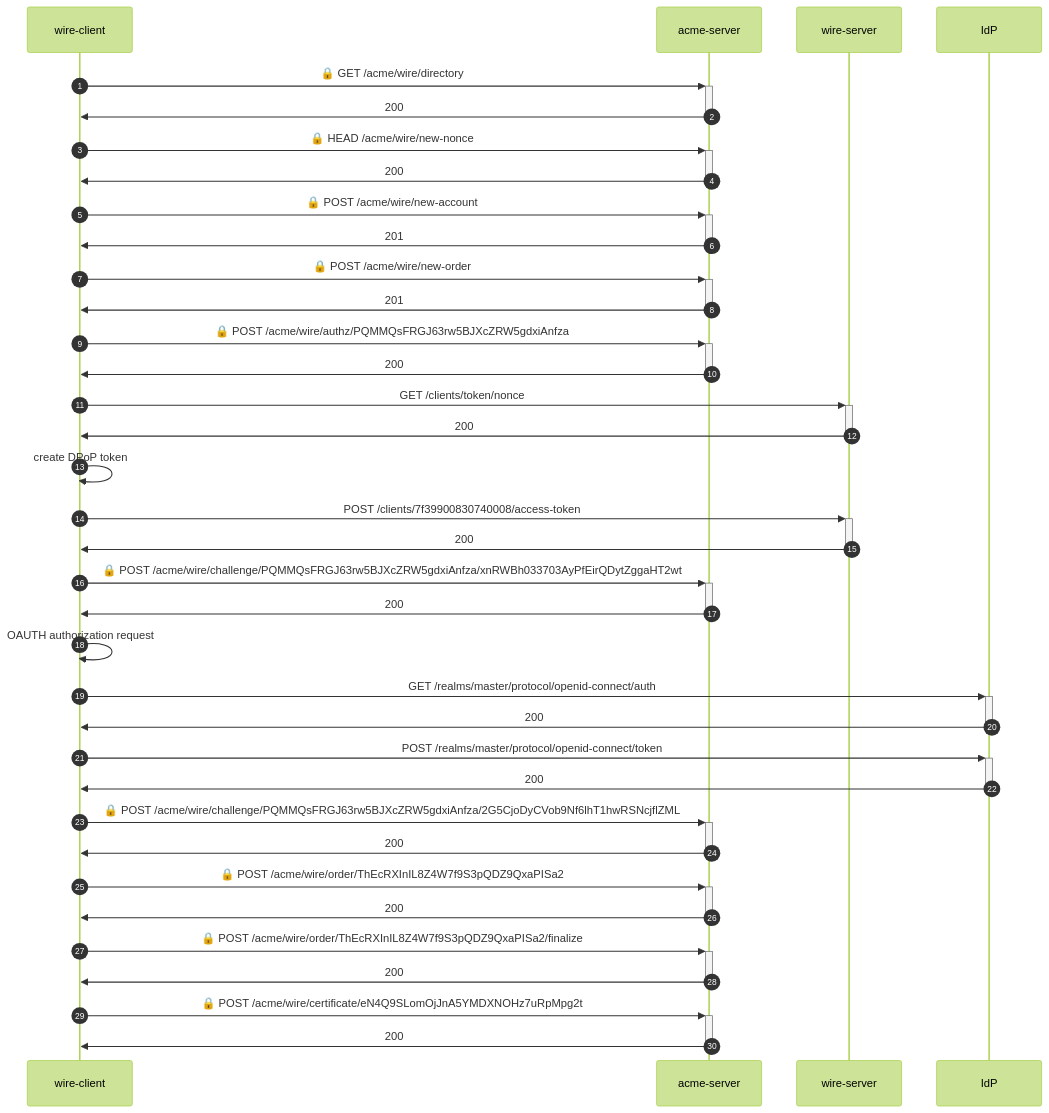
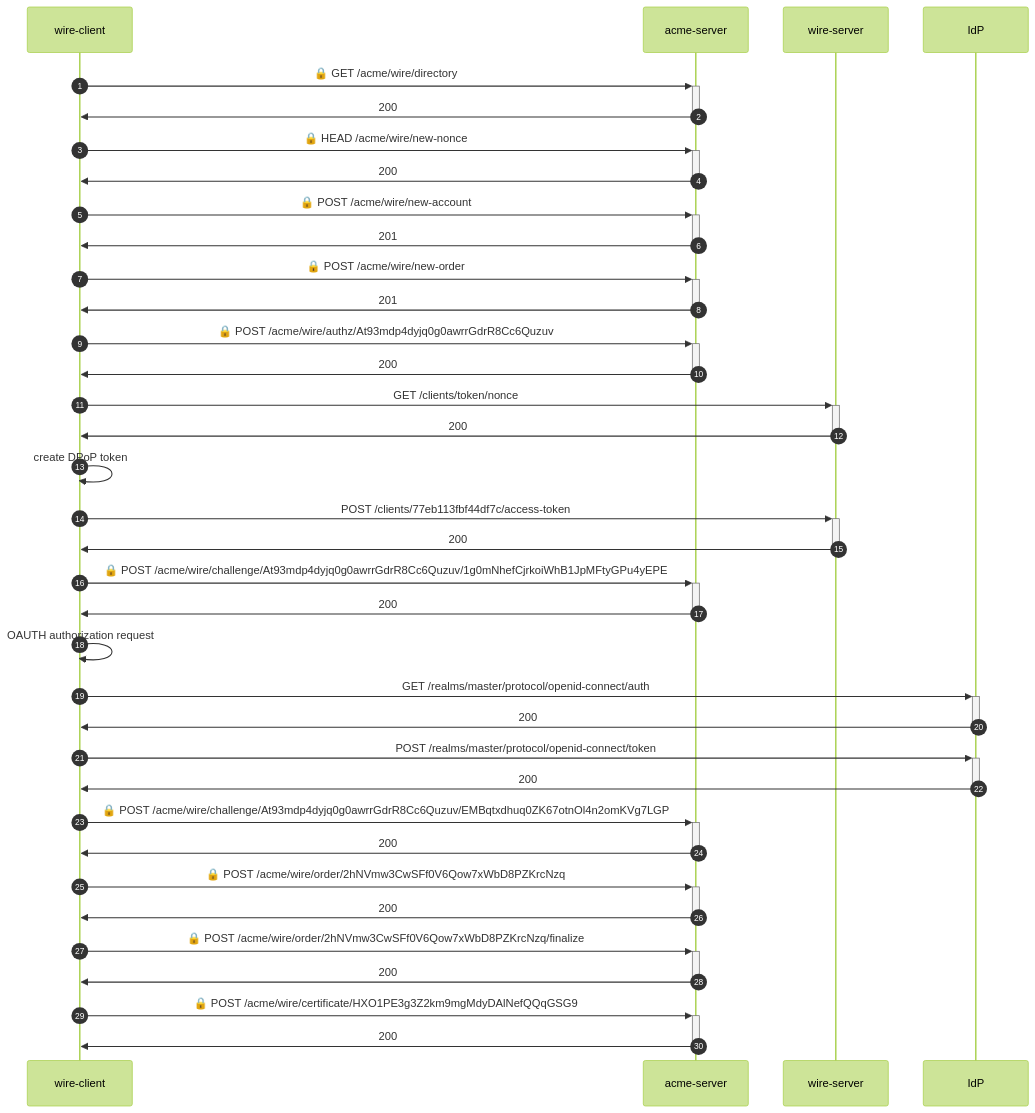
The diagram in e2e-identity/README.md (wireapp/rusty-jwt-tools), drawn with Mermaid (forest theme) before and after one commit. The commit also changed other lines of this file and 12 other files, not shown here.

Commit message:
feat: add audience in access token & id token matching acme challenge url

````diff
--- a/e2e-identity/README.md
+++ b/e2e-identity/README.md
@@ -3,34 +3,34 @@
 ```mermaid
 sequenceDiagram
     autonumber
     wire-client->>+acme-server: 🔒 GET /acme/wire/directory
     acme-server->>-wire-client: 200
     wire-client->>+acme-server: 🔒 HEAD /acme/wire/new-nonce
     acme-server->>-wire-client: 200
     wire-client->>+acme-server: 🔒 POST /acme/wire/new-account
     acme-server->>-wire-client: 201
     wire-client->>+acme-server: 🔒 POST /acme/wire/new-order
     acme-server->>-wire-client: 201
-    wire-client->>+acme-server: 🔒 POST /acme/wire/authz/PQMMQsFRGJ63rw5BJXcZRW5gdxiAnfza
+    wire-client->>+acme-server: 🔒 POST /acme/wire/authz/At93mdp4dyjq0g0awrrGdrR8Cc6Quzuv
     acme-server->>-wire-client: 200
     wire-client->>+wire-server:  GET /clients/token/nonce
     wire-server->>-wire-client: 200
     wire-client->>wire-client: create DPoP token
-    wire-client->>+wire-server:  POST /clients/7f39900830740008/access-token
+    wire-client->>+wire-server:  POST /clients/77eb113fbf44df7c/access-token
     wire-server->>-wire-client: 200
-    wire-client->>+acme-server: 🔒 POST /acme/wire/challenge/PQMMQsFRGJ63rw5BJXcZRW5gdxiAnfza/xnRWBh033703AyPfEirQDytZggaHT2wt
+    wire-client->>+acme-server: 🔒 POST /acme/wire/challenge/At93mdp4dyjq0g0awrrGdrR8Cc6Quzuv/1g0mNhefCjrkoiWhB1JpMFtyGPu4yEPE
     acme-server->>-wire-client: 200
     wire-client->>wire-client: OAUTH authorization request
     wire-client->>+IdP:  GET /realms/master/protocol/openid-connect/auth
     IdP->>-wire-client: 200
     wire-client->>+IdP:  POST /realms/master/protocol/openid-connect/token
     IdP->>-wire-client: 200
-    wire-client->>+acme-server: 🔒 POST /acme/wire/challenge/PQMMQsFRGJ63rw5BJXcZRW5gdxiAnfza/2G5CjoDyCVob9Nf6lhT1hwRSNcjflZML
+    wire-client->>+acme-server: 🔒 POST /acme/wire/challenge/At93mdp4dyjq0g0awrrGdrR8Cc6Quzuv/EMBqtxdhuq0ZK67otnOl4n2omKVg7LGP
     acme-server->>-wire-client: 200
-    wire-client->>+acme-server: 🔒 POST /acme/wire/order/ThEcRXInIL8Z4W7f9S3pQDZ9QxaPISa2
+    wire-client->>+acme-server: 🔒 POST /acme/wire/order/2hNVmw3CwSFf0V6Qow7xWbD8PZKrcNzq
     acme-server->>-wire-client: 200
-    wire-client->>+acme-server: 🔒 POST /acme/wire/order/ThEcRXInIL8Z4W7f9S3pQDZ9QxaPISa2/finalize
+    wire-client->>+acme-server: 🔒 POST /acme/wire/order/2hNVmw3CwSFf0V6Qow7xWbD8PZKrcNzq/finalize
     acme-server->>-wire-client: 200
-    wire-client->>+acme-server: 🔒 POST /acme/wire/certificate/eN4Q9SLomOjJnA5YMDXNOHz7uRpMpg2t
+    wire-client->>+acme-server: 🔒 POST /acme/wire/certificate/HXO1PE3g3Z2km9mgMdyDAlNefQQqGSG9
     acme-server->>-wire-client: 200
 ```
````
